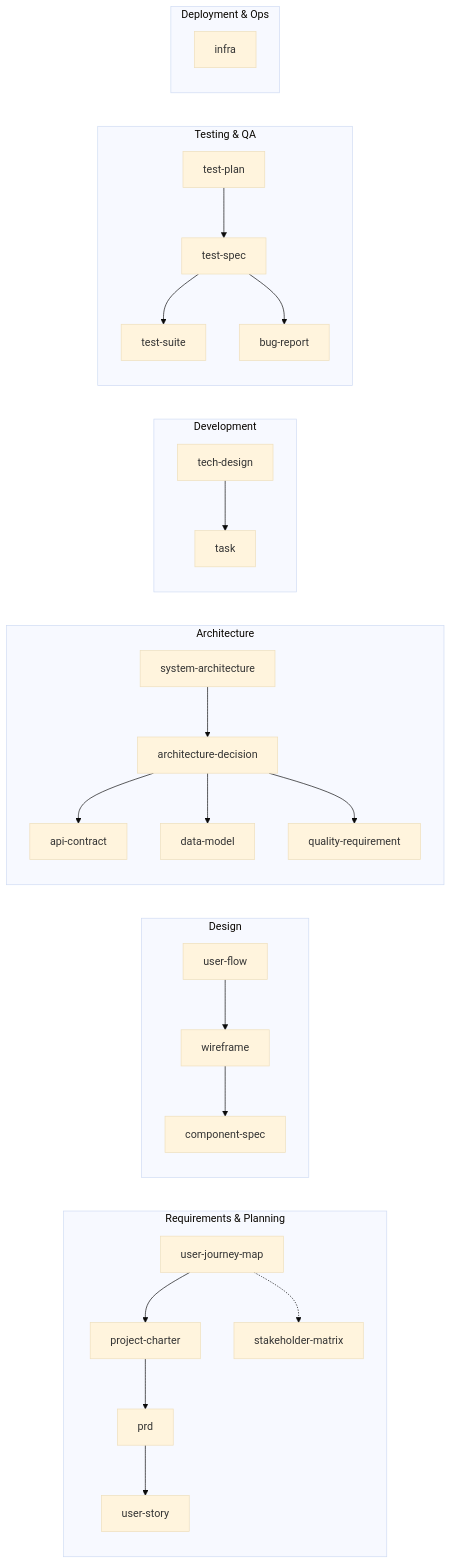
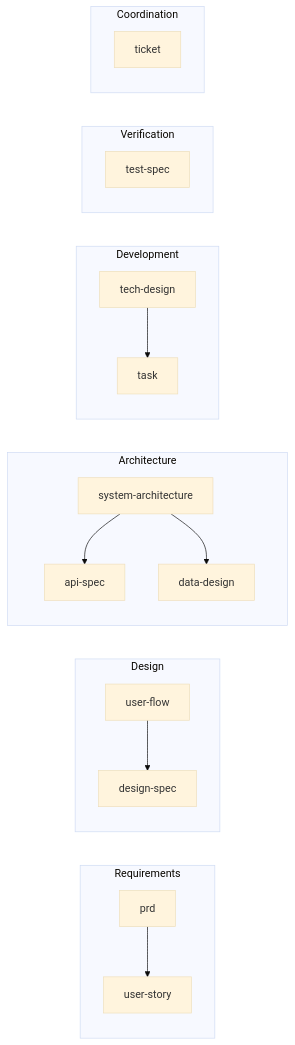
Before and after one commit to clitetailor/artifact-driven-development: the second of 2 diagrams in reference/artifact-dep-graph.md, drawn with Mermaid (base theme). The commit also changed other lines of this file and 61 other files, not shown here.

````diff
--- a/reference/artifact-dep-graph.md
+++ b/reference/artifact-dep-graph.md
@@ -46,30 +42,22 @@
 ```mermaid
 graph LR
-    subgraph REQ[Requirements & Planning]
-        UJM[user-journey-map] --> CHARTER[project-charter]
-        CHARTER --> PRD[prd]
-        PRD --> STORY[user-story]
-        UJM -.-> SM[stakeholder-matrix]
+    subgraph REQ[Requirements]
+        PRD[prd] --> STORY[user-story]
     end
     subgraph DES[Design]
-        UF[user-flow] --> WF[wireframe]
-        WF --> CS[component-spec]
+        UF[user-flow] --> DS[design-spec]
     end
     subgraph ARC[Architecture]
-        SA[system-architecture] --> ADR[architecture-decision]
-        ADR --> API[api-contract]
-        ADR --> DM[data-model]
-        ADR --> QR[quality-requirement]
+        SA[system-architecture] --> API[api-spec]
+        SA --> DD[data-design]
     end
     subgraph DEV[Development]
         TD[tech-design] --> TASK[task]
     end
-    subgraph TST[Testing & QA]
-        TP[test-plan] --> TS[test-spec]
-        TS --> SUITE[test-suite]
-        TS --> BUG[bug-report]
+    subgraph VER[Verification]
+        TS[test-spec]
     end
-    subgraph OPS[Deployment & Ops]
-        INFRA[infra]
+    subgraph COORD[Coordination]
+        TICKET[ticket]
     end
 ```
````
